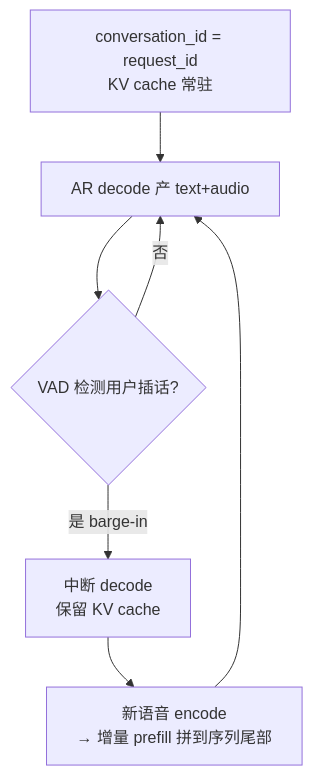
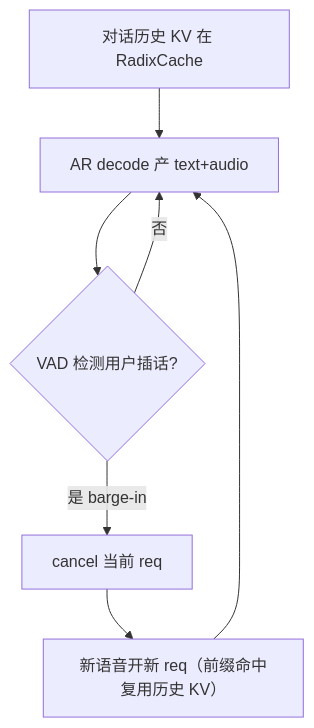
One commit to aaaandychen/sglang-omni changed the first of 2 diagrams in docs/cookbook/开发文档_phase4_design.md. Above: the diagram before and after it, drawn with Mermaid. The commit also changed other lines of this file and 4 other files, not shown here.

````diff
--- a/docs/cookbook/开发文档_phase4_design.md
+++ b/docs/cookbook/开发文档_phase4_design.md
@@ -257,9 +257,9 @@
 ```mermaid
 flowchart TB
-    S["conversation_id = request_id<br/>KV cache 常驻"] --> D["AR decode 产 text+audio"]
+    S["对话历史 KV 在 RadixCache"] --> D["AR decode 产 text+audio"]
     D --> L{"VAD 检测用户插话?"}
     L -->|否| D
-    L -->|是 barge-in| I["中断 decode<br/>保留 KV cache"]
-    I --> P["新语音 encode<br/>→ 增量 prefill 拼到序列尾部"]
+    L -->|是 barge-in| I["cancel 当前 req"]
+    I --> P["新语音开新 req（前缀命中复用历史 KV）"]
     P --> D
 ```
````
